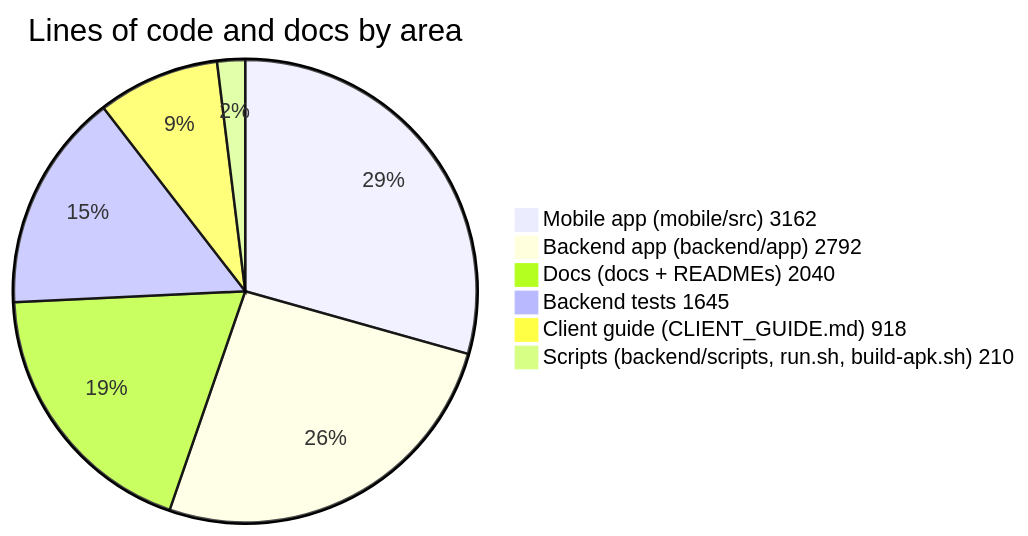
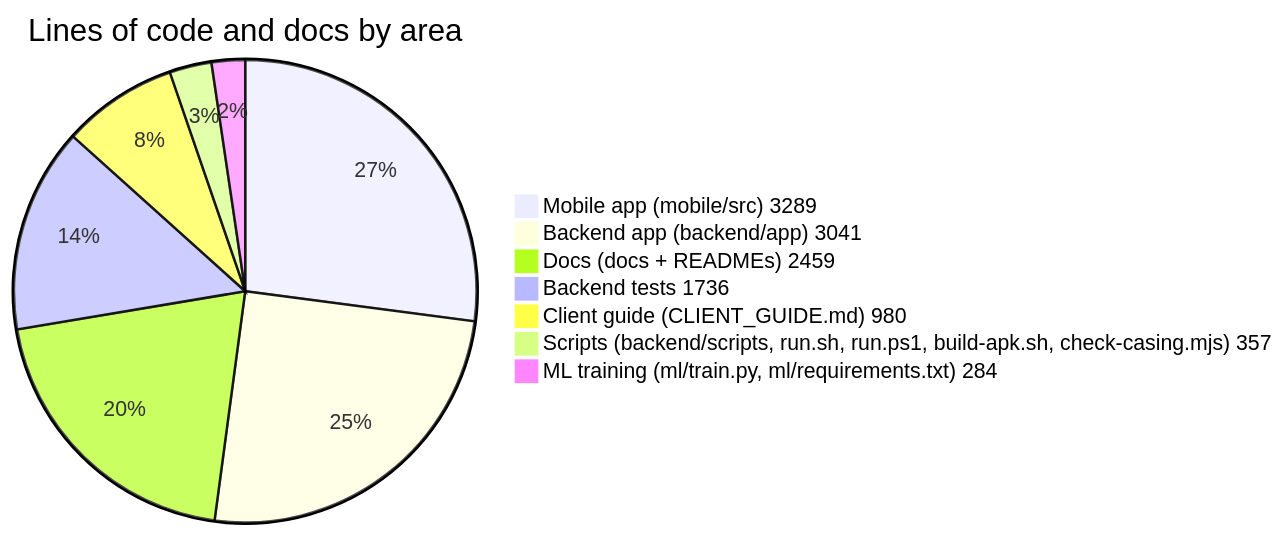
Before and after one commit to abdullah956/a-mbl: the second of 25 diagrams in PROJECT_GUIDE.md, drawn with Mermaid. The commit also changed other lines of this file and 12 other files, not shown here.

````diff
--- a/PROJECT_GUIDE.md
+++ b/PROJECT_GUIDE.md
@@ -378,9 +417,10 @@
 ```mermaid
 pie title Lines of code and docs by area
-    "Mobile app (mobile/src) 3162" : 3162
-    "Backend app (backend/app) 2792" : 2792
-    "Docs (docs + READMEs) 2040" : 2040
-    "Backend tests 1645" : 1645
-    "Client guide (CLIENT_GUIDE.md) 918" : 918
-    "Scripts (backend/scripts, run.sh, build-apk.sh) 210" : 210
+    "Mobile app (mobile/src) 3289" : 3289
+    "Backend app (backend/app) 3041" : 3041
+    "Docs (docs + READMEs) 2459" : 2459
+    "Backend tests 1736" : 1736
+    "Client guide (CLIENT_GUIDE.md) 980" : 980
+    "Scripts (backend/scripts, run.sh, run.ps1, build-apk.sh, check-casing.mjs) 357" : 357
+    "ML training (ml/train.py, ml/requirements.txt) 284" : 284
 ```
````
